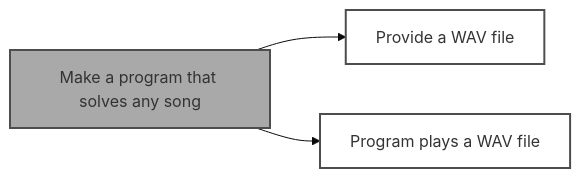
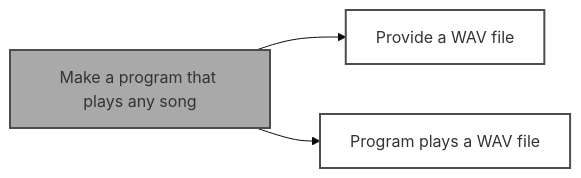
Before and after one commit to NguyenAndrew/edd: the third of 4 diagrams in README.md, drawn with Mermaid (base theme). The commit also changed other lines of this file, not shown here.

````diff
--- a/README.md
+++ b/README.md
@@ -35,11 +35,11 @@
 ```mermaid
 graph LR
     style A fill:#A9A9A9,stroke:#4d4d4d,stroke-width:2px,rounded:10px
     style B fill:#fff,stroke:#4d4d4d,stroke-width:2px,rounded:10px
     style C fill:#fff,stroke:#4d4d4d,stroke-width:2px,rounded:10px
-    A[Make a program that solves any song]
+    A[Make a program that plays any song]
     B[Provide a WAV file]
     C[Program plays a WAV file]
     A --> B
     A --> C
 ```
````
